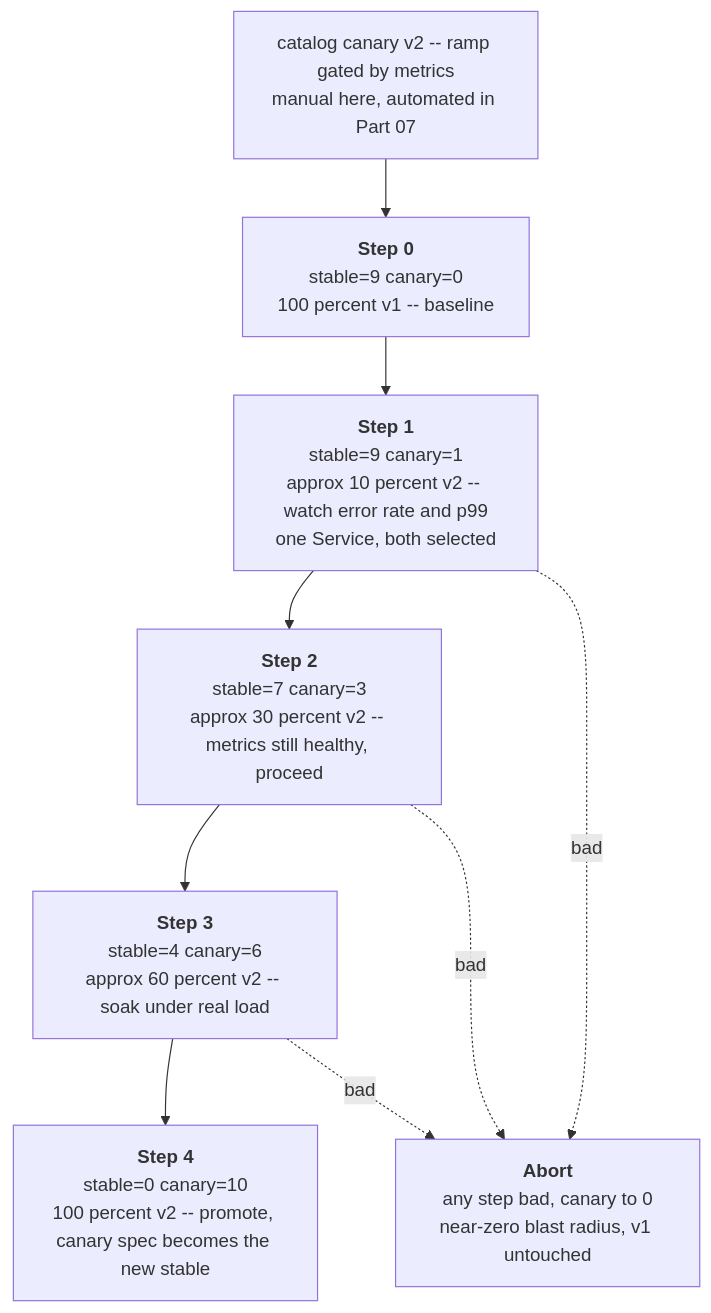
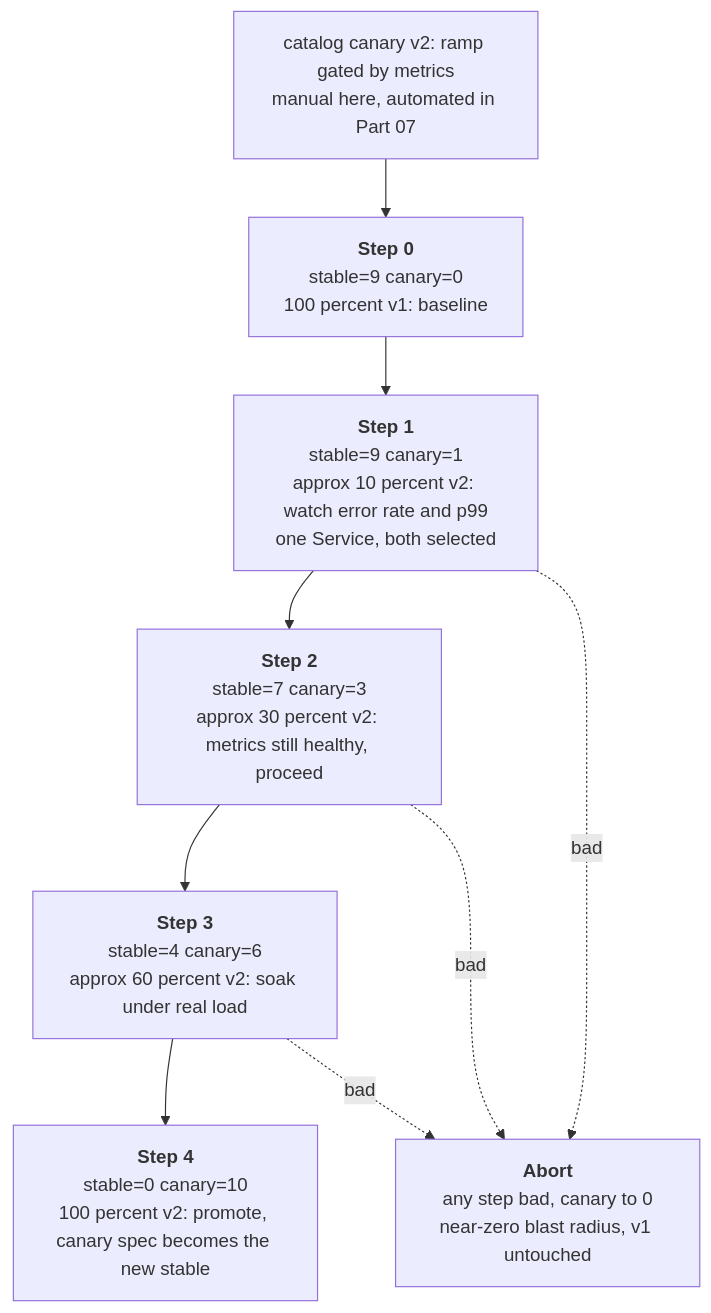
One commit to abd-ulbasit/bookstore-kubernetes-guide changed the second of 2 diagrams in full-guide/01-core-workloads/08-deployment-strategies.md. Above: the diagram before and after it, drawn with Mermaid. The commit also changed other lines of this file and 1 other file, not shown here.

````diff
--- a/full-guide/01-core-workloads/08-deployment-strategies.md
+++ b/full-guide/01-core-workloads/08-deployment-strategies.md
@@ -85,14 +113,14 @@
 ```mermaid
 flowchart TD
-    T["catalog canary v2 -- ramp gated by metrics<br/>manual here, automated in Part 07"]
-    S0["<B>Step 0</b><br/>stable=9 canary=0<br/>100 percent v1 -- baseline"]
-    S1["<B>Step 1</b><br/>stable=9 canary=1<br/>approx 10 percent v2 -- watch error rate and p99<br/>one Service, both selected"]
-    S2["<B>Step 2</b><br/>stable=7 canary=3<br/>approx 30 percent v2 -- metrics still healthy, proceed"]
-    S3["<B>Step 3</b><br/>stable=4 canary=6<br/>approx 60 percent v2 -- soak under real load"]
-    S4["<B>Step 4</b><br/>stable=0 canary=10<br/>100 percent v2 -- promote, canary spec becomes the new stable"]
-    AB["<B>Abort</b><br/>any step bad, canary to 0<br/>near-zero blast radius, v1 untouched"]
+    T["catalog canary v2: ramp gated by metrics<br/>manual here, automated in Part 07"]
+    S0["<b>Step 0</b><br/>stable=9 canary=0<br/>100 percent v1: baseline"]
+    S1["<b>Step 1</b><br/>stable=9 canary=1<br/>approx 10 percent v2: watch error rate and p99<br/>one Service, both selected"]
+    S2["<b>Step 2</b><br/>stable=7 canary=3<br/>approx 30 percent v2: metrics still healthy, proceed"]
+    S3["<b>Step 3</b><br/>stable=4 canary=6<br/>approx 60 percent v2: soak under real load"]
+    S4["<b>Step 4</b><br/>stable=0 canary=10<br/>100 percent v2: promote, canary spec becomes the new stable"]
+    AB["<b>Abort</b><br/>any step bad, canary to 0<br/>near-zero blast radius, v1 untouched"]
     T --> S0 --> S1 --> S2 --> S3 --> S4
     S1 -.->|bad| AB
     S2 -.->|bad| AB
     S3 -.->|bad| AB
 ```
````
